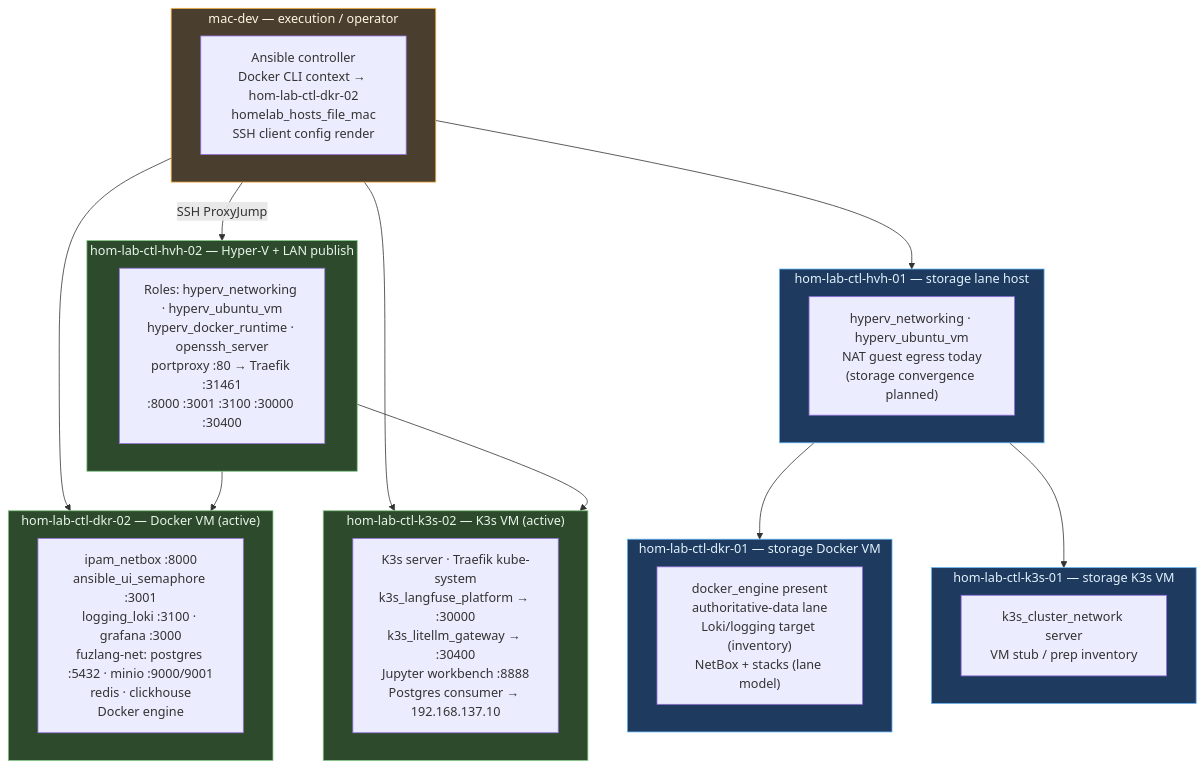
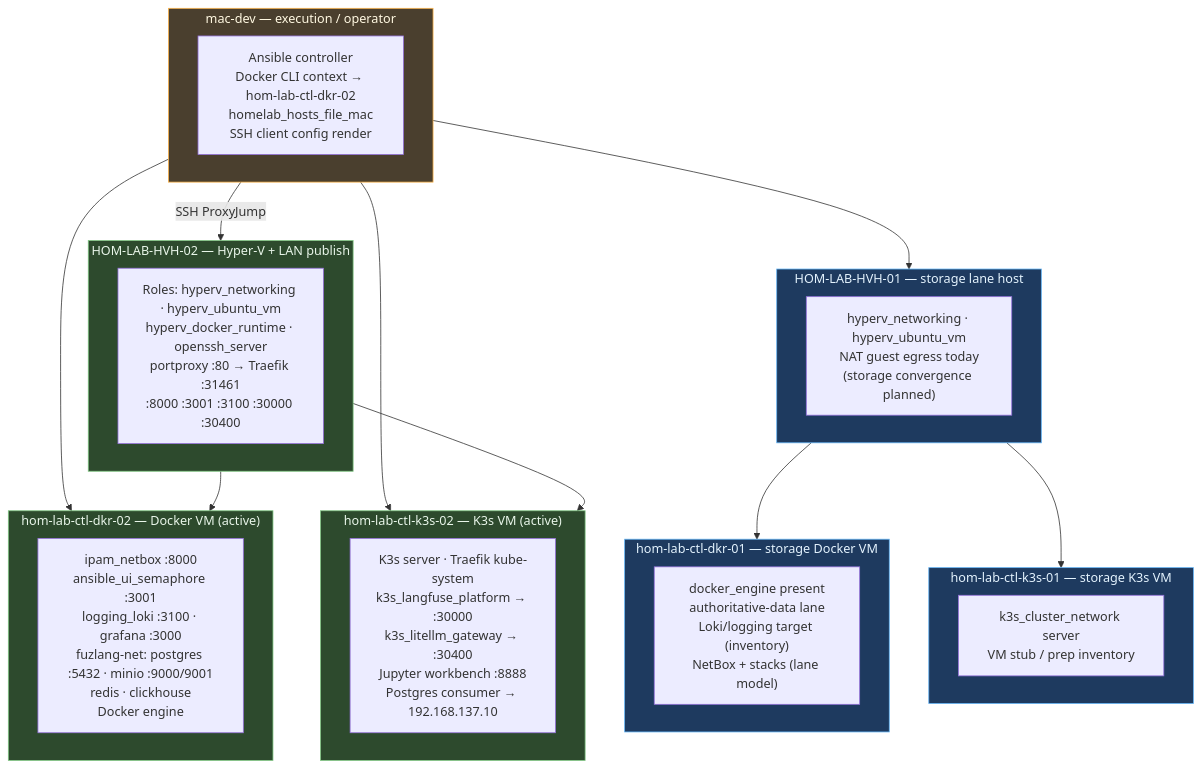
Before and after one commit to doesitscript/dotfile-vnext: the second of 5 diagrams in docs/diagrams/cst-hom-lab-ctl-dia-homelab-estate-04.md, drawn with Mermaid. The commit also changed other lines of this file and 271 other files, not shown here.

First line of the commit message:
Rename schema dropping middle ctl and update HOM-LAB-CTL-HVH-01

````diff
--- a/docs/diagrams/cst-hom-lab-ctl-dia-homelab-estate-04.md
+++ b/docs/diagrams/cst-hom-lab-ctl-dia-homelab-estate-04.md
@@ -68,46 +68,46 @@
 ```mermaid
 flowchart TB
   subgraph MacNode["mac-dev — execution / operator"]
     MacCtl["Ansible controller\nDocker CLI context → hom-lab-ctl-dkr-02\nhomelab_hosts_file_mac\nSSH client config render"]
   end
 
-  subgraph HVH02Node["hom-lab-ctl-hvh-02 — Hyper-V + LAN publish"]
+  subgraph HVH02Node["HOM-LAB-HVH-02 — Hyper-V + LAN publish"]
     HVHRoles["Roles: hyperv_networking · hyperv_ubuntu_vm\nhyperv_docker_runtime · openssh_server\nportproxy :80 → Traefik :31461\n:8000 :3001 :3100 :30000 :30400"]
   end
 
   subgraph DKR02Node["hom-lab-ctl-dkr-02 — Docker VM (active)"]
     DKR02Svc["ipam_netbox :8000\nansible_ui_semaphore :3001\nlogging_loki :3100 · grafana :3000\nfuzlang-net: postgres :5432 · minio :9000/9001\nredis · clickhouse\nDocker engine"]
   end
 
   subgraph K3S02Node["hom-lab-ctl-k3s-02 — K3s VM (active)"]
     K3S02Svc["K3s server · Traefik kube-system\nk3s_langfuse_platform → :30000\nk3s_litellm_gateway → :30400\nJupyter workbench :8888\nPostgres consumer → 192.168.137.10"]
   end
 
-  subgraph HVH01Node["hom-lab-ctl-hvh-01 — storage lane host"]
+  subgraph HVH01Node["HOM-LAB-HVH-01 — storage lane host"]
     HVH01Roles["hyperv_networking · hyperv_ubuntu_vm\nNAT guest egress today\n(storage convergence planned)"]
   end
 
   subgraph DKR01Node["hom-lab-ctl-dkr-01 — storage Docker VM"]
     DKR01Svc["docker_engine present\nauthoritative-data lane\nLoki/logging target (inventory)\nNetBox + stacks (lane model)"]
   end
 
   subgraph K3S01Node["hom-lab-ctl-k3s-01 — storage K3s VM"]
     K3S01Svc["k3s_cluster_network server\nVM stub / prep inventory"]
   end
 
   MacNode -->|"SSH ProxyJump"| HVH02Node
   MacNode --> DKR02Node
   MacNode --> K3S02Node
   HVH02Node --> DKR02Node
   HVH02Node --> K3S02Node
   MacNode --> HVH01Node
   HVH01Node --> DKR01Node
   HVH01Node --> K3S01Node
 
   classDef mac fill:#4a3f2e,stroke:#ffb74d,color:#fff8e1
   classDef gpu fill:#2d4a2d,stroke:#81c784,color:#e8f5e9
   classDef store fill:#1e3a5f,stroke:#64b5f6,color:#e3f2fd
   class MacNode mac
   class HVH02Node,DKR02Node,K3S02Node gpu
   class HVH01Node,DKR01Node,K3S01Node store
 ```
````
